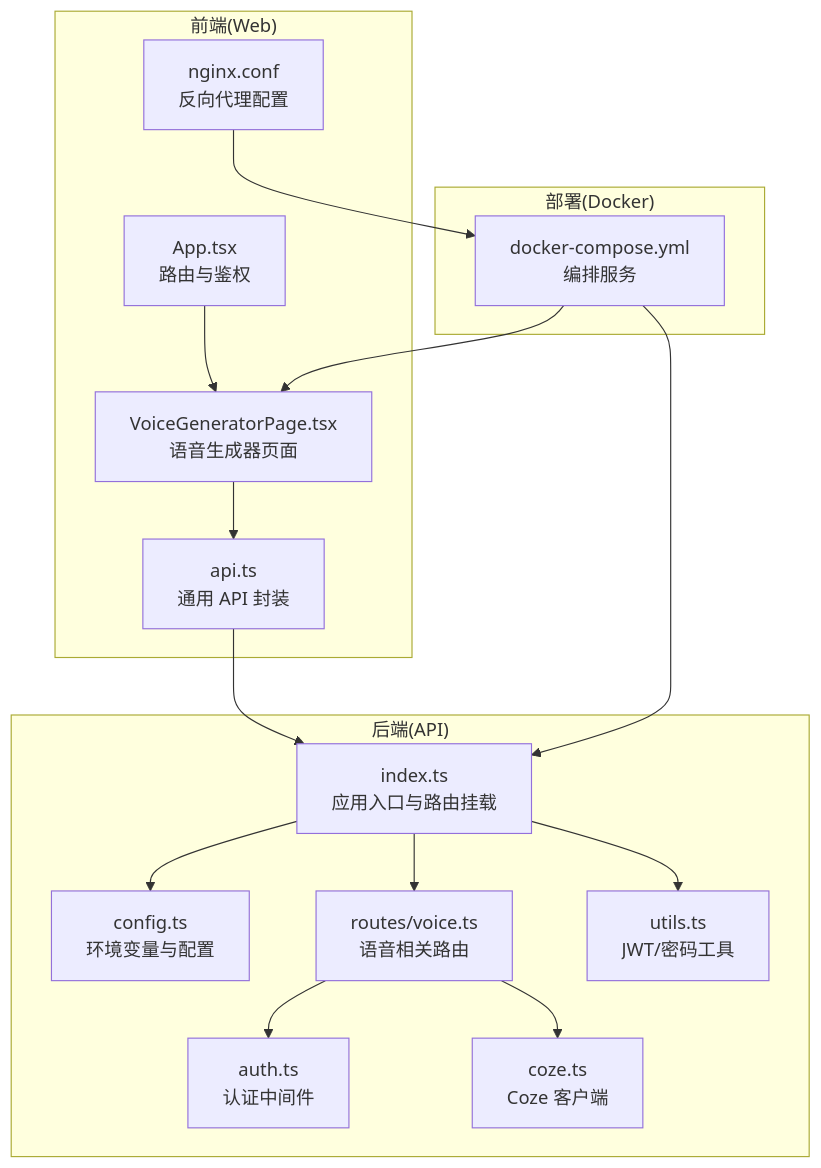
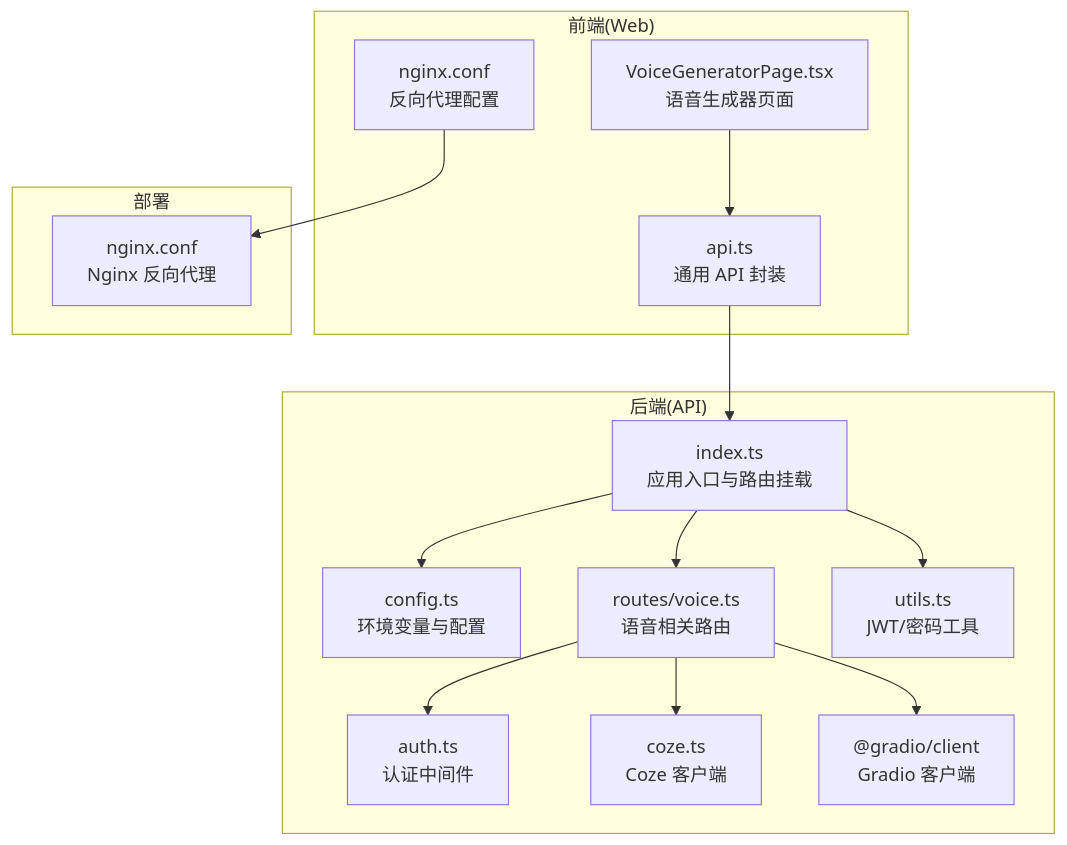
One commit to hanksd769-droid/sailshub changed the first of 4 diagrams in .qoder/repowiki/zh/content/语音生成系统.md. Above: the diagram before and after it, drawn with Mermaid. The commit also changed other lines of this file and 6 other files, not shown here.

````diff
--- a/.qoder/repowiki/zh/content/语音生成系统.md
+++ b/.qoder/repowiki/zh/content/语音生成系统.md
@@ -51,31 +54,29 @@
 ```mermaid
 graph TB
 subgraph "前端(Web)"
 WG["VoiceGeneratorPage.tsx<br/>语音生成器页面"]
 API["api.ts<br/>通用 API 封装"]
-APP["App.tsx<br/>路由与鉴权"]
 NGINX["nginx.conf<br/>反向代理配置"]
 end
 subgraph "后端(API)"
 IDX["index.ts<br/>应用入口与路由挂载"]
 CFG["config.ts<br/>环境变量与配置"]
 AUTH["auth.ts<br/>认证中间件"]
 VOICE["routes/voice.ts<br/>语音相关路由"]
 COZE["coze.ts<br/>Coze 客户端"]
 UTIL["utils.ts<br/>JWT/密码工具"]
+GRADIO["@gradio/client<br/>Gradio 客户端"]
 end
-subgraph "部署(Docker)"
-DC["docker-compose.yml<br/>编排服务"]
+subgraph "部署"
+NGINX_CFG["nginx.conf<br/>Nginx 反向代理"]
 end
 WG --> API
-APP --> WG
 API --> IDX
 IDX --> VOICE
 VOICE --> AUTH
 VOICE --> COZE
+VOICE --> GRADIO
 IDX --> CFG
 IDX --> UTIL
-DC --> IDX
-DC --> WG
-NGINX --> DC
+NGINX --> NGINX_CFG
 ```
````
